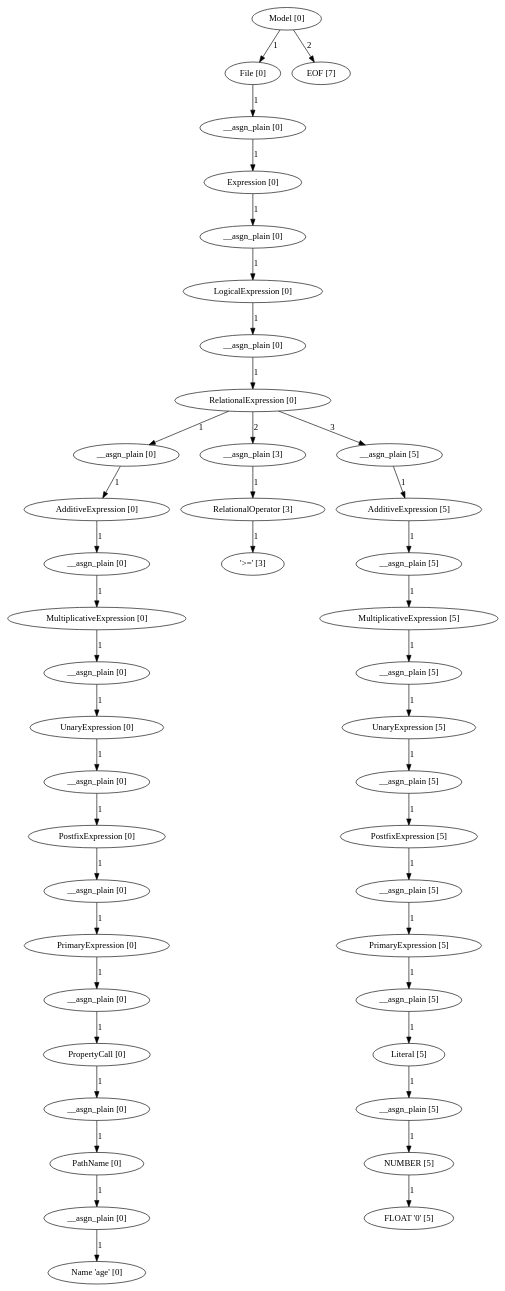
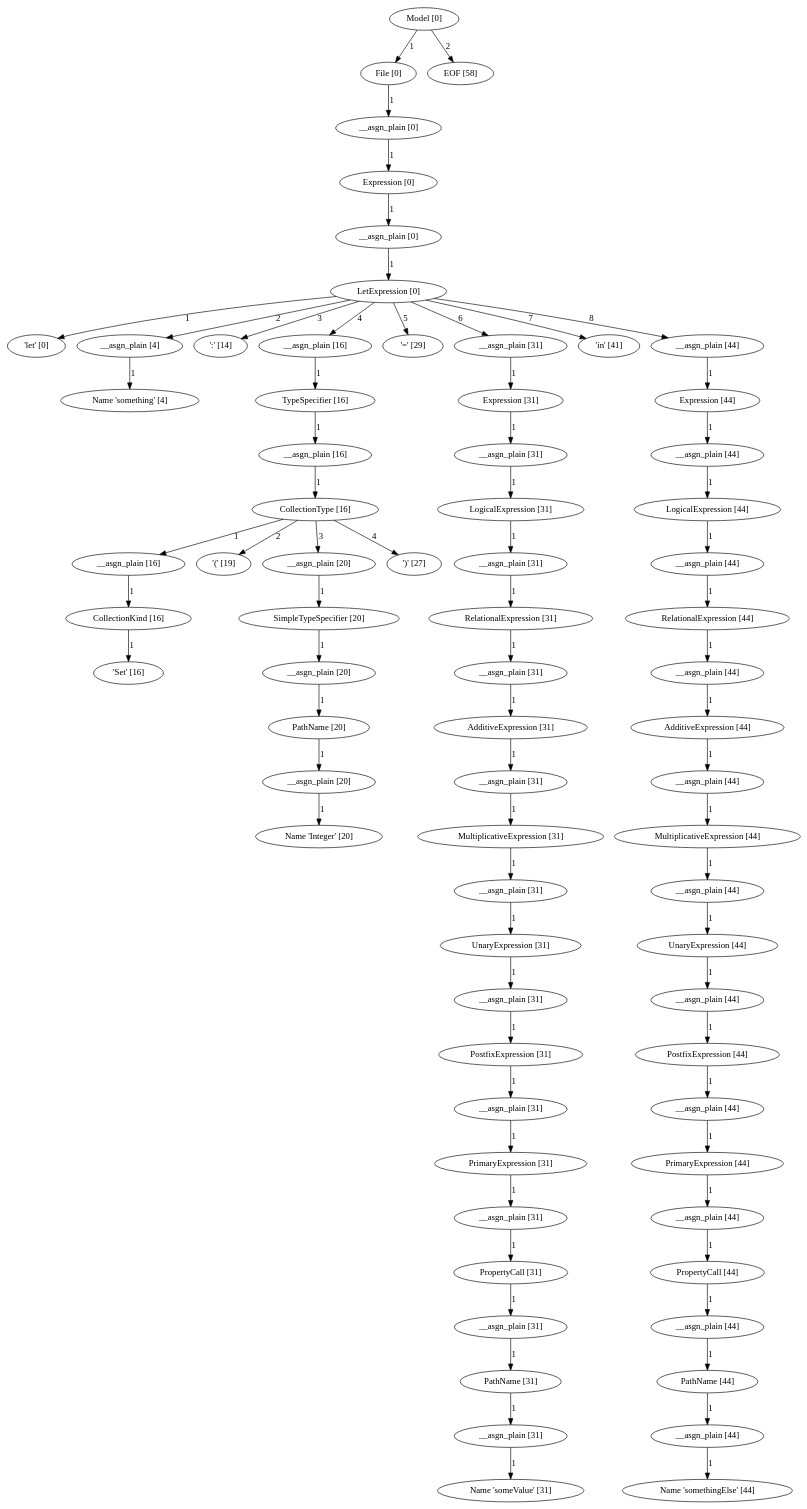
One commit to Beuchey/OCL_Python changed the diagram in Transpilation/Model_parse_tree.dot. Above: the diagram before and after it, drawn with Graphviz. The commit also changed 6 other files, not shown here.

```diff
--- a/Transpilation/Model_parse_tree.dot
+++ b/Transpilation/Model_parse_tree.dot
@@ -1,129 +1,216 @@
 digraph arpeggio_graph {
-51880200 [label="Model [0]"];
-51880200->51881064 [label="1"]
+48733544 [label="Model [0]"];
+48733544->48733472 [label="1"]
 
-51881064 [label="File [0]"];
-51881064->51880992 [label="1"]
+48733472 [label="File [0]"];
+48733472->48732896 [label="1"]
 
-51880992 [label="__asgn_plain [0]"];
-51880992->51880920 [label="1"]
+48732896 [label="__asgn_plain [0]"];
+48732896->48732824 [label="1"]
 
-51880920 [label="Expression [0]"];
-51880920->51880848 [label="1"]
+48732824 [label="Expression [0]"];
+48732824->48732752 [label="1"]
 
-51880848 [label="__asgn_plain [0]"];
-51880848->51880776 [label="1"]
+48732752 [label="__asgn_plain [0]"];
+48732752->48732680 [label="1"]
 
-51880776 [label="LogicalExpression [0]"];
-51880776->51880704 [label="1"]
+48732680 [label="LetExpression [0]"];
+48732680->48501680 [label="1"]
 
-51880704 [label="__asgn_plain [0]"];
-51880704->51880632 [label="1"]
+48501680 [label=" 'let' [0]"];
+48732680->48730376 [label="2"]
 
-51880632 [label="RelationalExpression [0]"];
-51880632->51851816 [label="1"]
+48730376 [label="__asgn_plain [4]"];
+48730376->48502000 [label="1"]
 
-51851816 [label="__asgn_plain [0]"];
-51851816->51851888 [label="1"]
+48502000 [label="Name 'something' [4]"];
+48732680->48501744 [label="3"]
 
-51851888 [label="AdditiveExpression [0]"];
-51851888->51852032 [label="1"]
+48501744 [label=" ':' [14]"];
+48732680->48731240 [label="4"]
 
-51852032 [label="__asgn_plain [0]"];
-51852032->51852104 [label="1"]
+48731240 [label="__asgn_plain [16]"];
+48731240->48731168 [label="1"]
 
-51852104 [label="MultiplicativeExpression [0]"];
-51852104->51852176 [label="1"]
+48731168 [label="TypeSpecifier [16]"];
+48731168->48731096 [label="1"]
 
-51852176 [label="__asgn_plain [0]"];
-51852176->51852248 [label="1"]
+48731096 [label="__asgn_plain [16]"];
+48731096->48731024 [label="1"]
 
-51852248 [label="UnaryExpression [0]"];
-51852248->51852320 [label="1"]
+48731024 [label="CollectionType [16]"];
+48731024->48730520 [label="1"]
 
-51852320 [label="__asgn_plain [0]"];
-51852320->51852392 [label="1"]
+48730520 [label="__asgn_plain [16]"];
+48730520->48730448 [label="1"]
 
-51852392 [label="PostfixExpression [0]"];
-51852392->51852536 [label="1"]
+48730448 [label="CollectionKind [16]"];
+48730448->48502128 [label="1"]
 
-51852536 [label="__asgn_plain [0]"];
-51852536->51852608 [label="1"]
+48502128 [label=" 'Set' [16]"];
+48731024->48502064 [label="2"]
 
-51852608 [label="PrimaryExpression [0]"];
-51852608->51852680 [label="1"]
+48502064 [label=" '(' [19]"];
+48731024->48730952 [label="3"]
 
-51852680 [label="__asgn_plain [0]"];
-51852680->51852752 [label="1"]
+48730952 [label="__asgn_plain [20]"];
+48730952->48730880 [label="1"]
 
-51852752 [label="PropertyCall [0]"];
-51852752->51852896 [label="1"]
+48730880 [label="SimpleTypeSpecifier [20]"];
+48730880->48730808 [label="1"]
 
-51852896 [label="__asgn_plain [0]"];
-51852896->51852968 [label="1"]
+48730808 [label="__asgn_plain [20]"];
+48730808->48730736 [label="1"]
 
-51852968 [label="PathName [0]"];
-51852968->51853040 [label="1"]
+48730736 [label="PathName [20]"];
+48730736->48730664 [label="1"]
 
-51853040 [label="__asgn_plain [0]"];
-51853040->51651568 [label="1"]
+48730664 [label="__asgn_plain [20]"];
+48730664->48502256 [label="1"]
 
-51651568 [label="Name 'age' [0]"];
-51880632->51719888 [label="2"]
+48502256 [label="Name 'Integer' [20]"];
+48731024->48502320 [label="4"]
 
-51719888 [label="__asgn_plain [3]"];
-51719888->51720104 [label="1"]
+48502320 [label=" ')' [27]"];
+48732680->48502384 [label="5"]
 
-51720104 [label="RelationalOperator [3]"];
-51720104->51652336 [label="1"]
+48502384 [label=" '=' [29]"];
+48732680->48567472 [label="6"]
 
-51652336 [label=" '>=' [3]"];
-51880632->51880560 [label="3"]
+48567472 [label="__asgn_plain [31]"];
+48567472->48568768 [label="1"]
 
-51880560 [label="__asgn_plain [5]"];
-51880560->51880488 [label="1"]
+48568768 [label="Expression [31]"];
+48568768->48569200 [label="1"]
 
-51880488 [label="AdditiveExpression [5]"];
-51880488->51880416 [label="1"]
+48569200 [label="__asgn_plain [31]"];
+48569200->48701920 [label="1"]
 
-51880416 [label="__asgn_plain [5]"];
-51880416->51656864 [label="1"]
+48701920 [label="LogicalExpression [31]"];
+48701920->48569416 [label="1"]
 
-51656864 [label="MultiplicativeExpression [5]"];
-51656864->51657872 [label="1"]
+48569416 [label="__asgn_plain [31]"];
+48569416->48569632 [label="1"]
 
-51657872 [label="__asgn_plain [5]"];
-51657872->51658520 [label="1"]
+48569632 [label="RelationalExpression [31]"];
+48569632->48570064 [label="1"]
 
-51658520 [label="UnaryExpression [5]"];
-51658520->51853688 [label="1"]
+48570064 [label="__asgn_plain [31]"];
+48570064->48570280 [label="1"]
 
-51853688 [label="__asgn_plain [5]"];
-51853688->51852824 [label="1"]
+48570280 [label="AdditiveExpression [31]"];
+48570280->48701992 [label="1"]
 
-51852824 [label="PostfixExpression [5]"];
-51852824->51717296 [label="1"]
+48701992 [label="__asgn_plain [31]"];
+48701992->48702064 [label="1"]
 
-51717296 [label="__asgn_plain [5]"];
-51717296->51718592 [label="1"]
+48702064 [label="MultiplicativeExpression [31]"];
+48702064->48702136 [label="1"]
 
-51718592 [label="PrimaryExpression [5]"];
-51718592->51719024 [label="1"]
+48702136 [label="__asgn_plain [31]"];
+48702136->48702208 [label="1"]
 
-51719024 [label="__asgn_plain [5]"];
-51719024->51719240 [label="1"]
+48702208 [label="UnaryExpression [31]"];
+48702208->48702280 [label="1"]
 
-51719240 [label="Literal [5]"];
-51719240->51851960 [label="1"]
+48702280 [label="__asgn_plain [31]"];
+48702280->48702352 [label="1"]
 
-51851960 [label="__asgn_plain [5]"];
-51851960->51851744 [label="1"]
+48702352 [label="PostfixExpression [31]"];
+48702352->48702496 [label="1"]
 
-51851744 [label="NUMBER [5]"];
-51851744->51651504 [label="1"]
+48702496 [label="__asgn_plain [31]"];
+48702496->48702568 [label="1"]
 
-51651504 [label="FLOAT '0' [5]"];
-51880200->51652656 [label="2"]
+48702568 [label="PrimaryExpression [31]"];
+48702568->48702640 [label="1"]
 
-51652656 [label="EOF [7]"];
+48702640 [label="__asgn_plain [31]"];
+48702640->48702712 [label="1"]
+
+48702712 [label="PropertyCall [31]"];
+48702712->48702856 [label="1"]
+
+48702856 [label="__asgn_plain [31]"];
+48702856->48703000 [label="1"]
+
+48703000 [label="PathName [31]"];
+48703000->48703072 [label="1"]
+
+48703072 [label="__asgn_plain [31]"];
+48703072->48502512 [label="1"]
+
+48502512 [label="Name 'someValue' [31]"];
+48732680->48503344 [label="7"]
+
+48503344 [label=" 'in' [41]"];
+48732680->48732608 [label="8"]
+
+48732608 [label="__asgn_plain [44]"];
+48732608->48732536 [label="1"]
+
+48732536 [label="Expression [44]"];
+48732536->48732464 [label="1"]
+
+48732464 [label="__asgn_plain [44]"];
+48732464->48732032 [label="1"]
+
+48732032 [label="LogicalExpression [44]"];
+48732032->48732392 [label="1"]
+
+48732392 [label="__asgn_plain [44]"];
+48732392->48732320 [label="1"]
+
+48732320 [label="RelationalExpression [44]"];
+48732320->48732176 [label="1"]
+
+48732176 [label="__asgn_plain [44]"];
+48732176->48732104 [label="1"]
+
+48732104 [label="AdditiveExpression [44]"];
+48732104->48731960 [label="1"]
+
+48731960 [label="__asgn_plain [44]"];
+48731960->48731888 [label="1"]
+
+48731888 [label="MultiplicativeExpression [44]"];
+48731888->48731816 [label="1"]
+
+48731816 [label="__asgn_plain [44]"];
+48731816->48731744 [label="1"]
+
+48731744 [label="UnaryExpression [44]"];
+48731744->48731672 [label="1"]
+
+48731672 [label="__asgn_plain [44]"];
+48731672->48731600 [label="1"]
+
+48731600 [label="PostfixExpression [44]"];
+48731600->48731456 [label="1"]
+
+48731456 [label="__asgn_plain [44]"];
+48731456->48731384 [label="1"]
+
+48731384 [label="PrimaryExpression [44]"];
+48731384->48731312 [label="1"]
+
+48731312 [label="__asgn_plain [44]"];
+48731312->48730592 [label="1"]
+
+48730592 [label="PropertyCall [44]"];
+48730592->48508048 [label="1"]
+
+48508048 [label="__asgn_plain [44]"];
+48508048->48568120 [label="1"]
+
+48568120 [label="PathName [44]"];
+48568120->48569848 [label="1"]
+
+48569848 [label="__asgn_plain [44]"];
+48569848->48503472 [label="1"]
+
+48503472 [label="Name 'somethingElse' [44]"];
+48733544->48504112 [label="2"]
+
+48504112 [label="EOF [58]"];
 }
```
